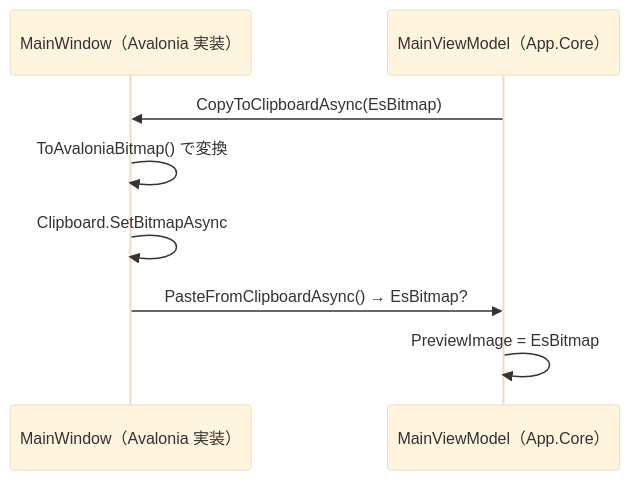
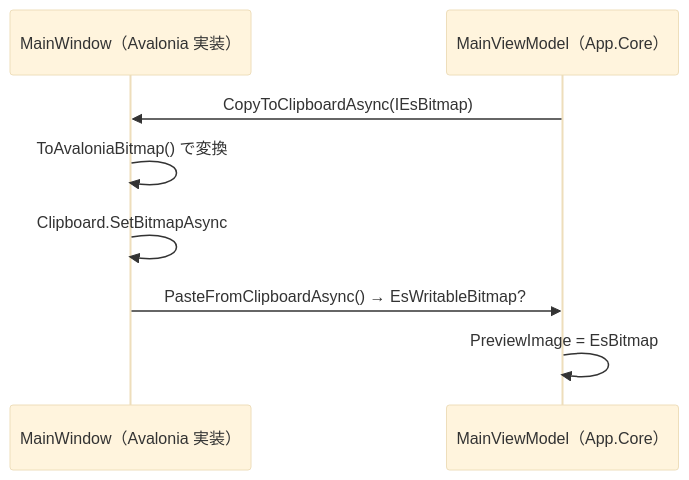
One commit to tomokuni/SaveEvidence changed the second of 2 diagrams in src/App.Core/docs/SPEC_System.md. Above: the diagram before and after it, drawn with Mermaid (base theme). The commit also changed other lines of this file and 117 other files, not shown here.

````diff
--- a/src/App.Core/docs/SPEC_System.md
+++ b/src/App.Core/docs/SPEC_System.md
@@ -66,10 +66,10 @@
 ```mermaid
 sequenceDiagram
   participant UI as MainWindow（Avalonia 実装）
   participant VM as MainViewModel（App.Core）
-  VM->>UI: CopyToClipboardAsync(EsBitmap)
+  VM->>UI: CopyToClipboardAsync(IEsBitmap)
   UI->>UI: ToAvaloniaBitmap() で変換
   UI->>UI: Clipboard.SetBitmapAsync
-  UI->>VM: PasteFromClipboardAsync() → EsBitmap?
+  UI->>VM: PasteFromClipboardAsync() → EsWritableBitmap?
   VM->>VM: PreviewImage = EsBitmap
 ```
````
